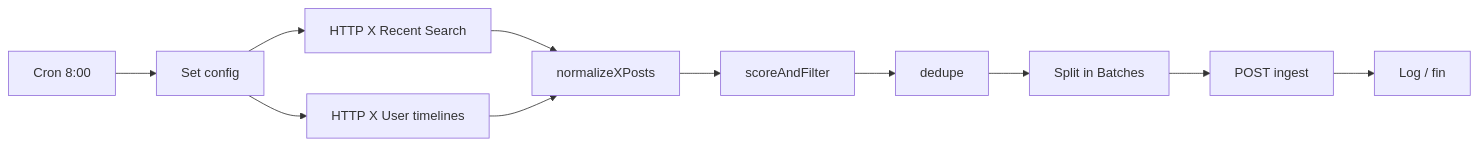
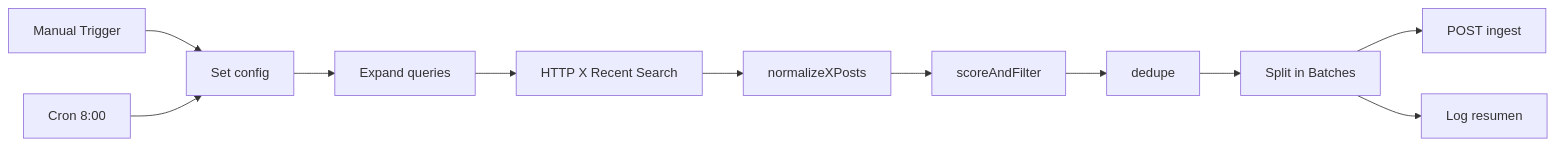
One commit to gabrieldave/Notitendencias changed the diagram in docs/n8n-x-ai-radar-workflow.md. Above: the diagram before and after it, drawn with Mermaid. The commit also changed other lines of this file and 3 other files, not shown here.

````diff
--- a/docs/n8n-x-ai-radar-workflow.md
+++ b/docs/n8n-x-ai-radar-workflow.md
@@ -49,13 +61,13 @@
 ```mermaid
 flowchart LR
-  A[Cron 8:00] --> B[Set config]
-  B --> C[HTTP X Recent Search]
-  B --> D[HTTP X User timelines]
+  M[Manual Trigger] --> B[Set config]
+  A[Cron 8:00] --> B
+  B --> D[Expand queries]
+  D --> C[HTTP X Recent Search]
   C --> E[normalizeXPosts]
-  D --> E
   E --> F[scoreAndFilter]
   F --> G[dedupe]
   G --> H[Split in Batches]
   H --> I[POST ingest]
-  I --> J[Log / fin]
+  H --> J[Log resumen]
 ```
````
